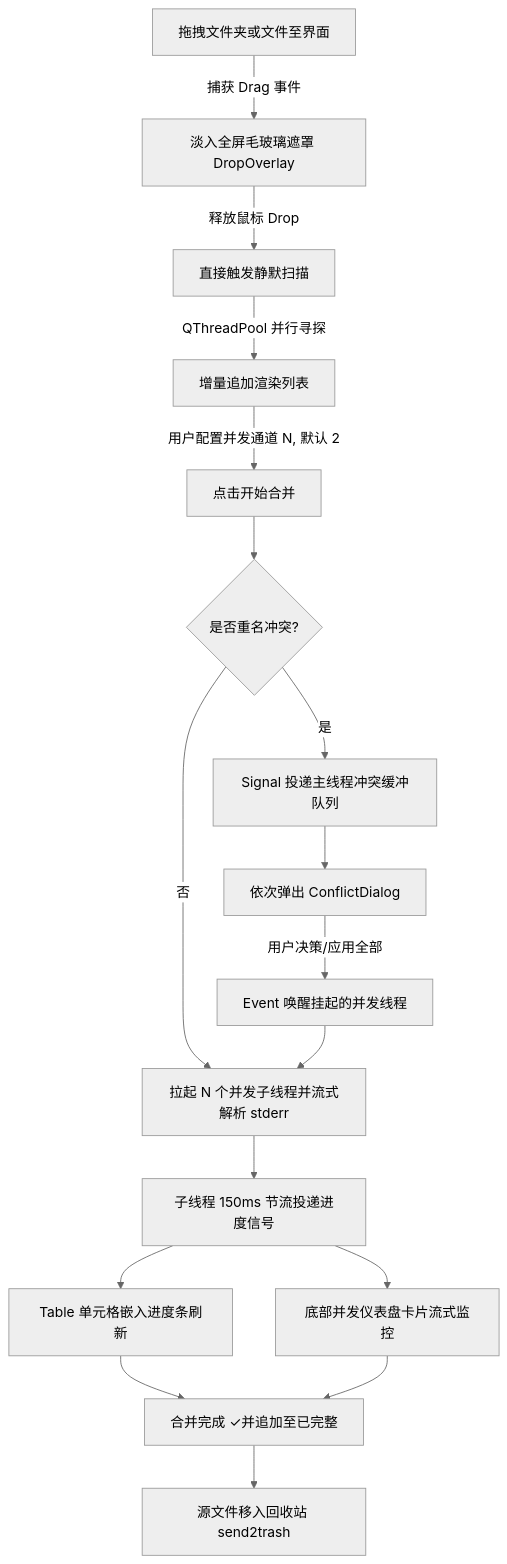
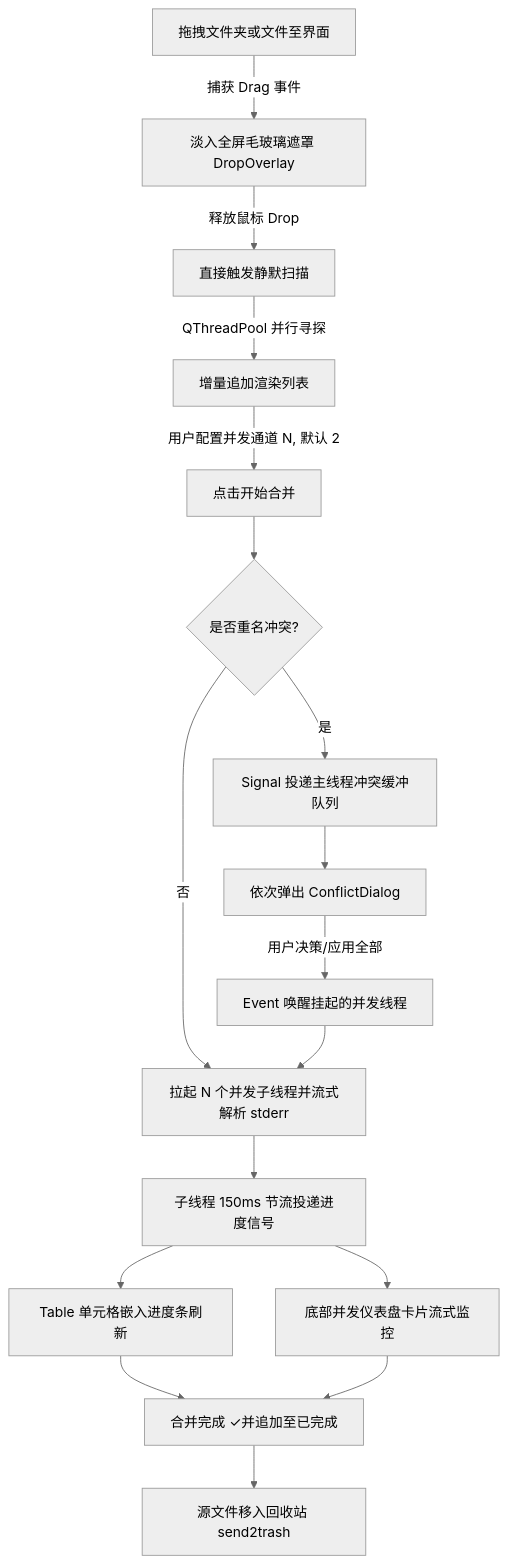
Before and after one commit to chycycc/fisheep-video-merger: the diagram in plans/实施计划v0.3.0.md, drawn with Mermaid (neutral theme). The commit also changed other lines of this file, not shown here.

````diff
--- a/plans/实施计划v0.3.0.md
+++ b/plans/实施计划v0.3.0.md
@@ -100,21 +91,21 @@
 ```mermaid
 flowchart TD
     A[拖拽文件夹或文件至界面] -->|捕获 Drag 事件| B[淡入全屏毛玻璃遮罩 DropOverlay]
     B -->|释放鼠标 Drop| C[直接触发静默扫描]
     C -->|QThreadPool 并行寻探| D[增量追加渲染列表]
     D -->|用户配置并发通道 N, 默认 2| E[点击开始合并]
     
     E --> F{是否重名冲突?}
     F -->|否| G[拉起 N 个并发子线程并流式解析 stderr]
     F -->|是| H[Signal 投递主线程冲突缓冲队列]
     H --> I[依次弹出 ConflictDialog]
     I -->|用户决策/应用全部| J[Event 唤醒挂起的并发线程]
     J --> G
     
     G --> K[子线程 150ms 节流投递进度信号]
     K --> L[Table 单元格嵌入进度条刷新]
     K --> M[底部并发仪表盘卡片流式监控]
-    L --> N[合并完成 ✓并追加至已完整]
+    L --> N[合并完成 ✓并追加至已完成]
     M --> N
     N --> O[源文件移入回收站 send2trash]
 ```
````
